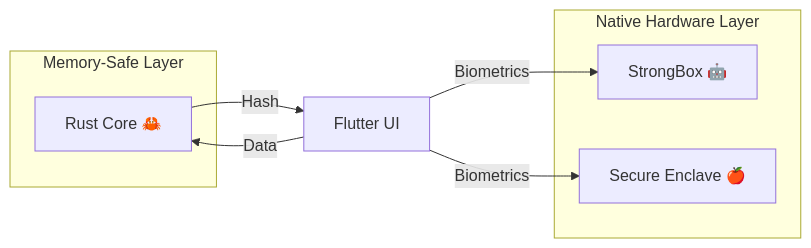
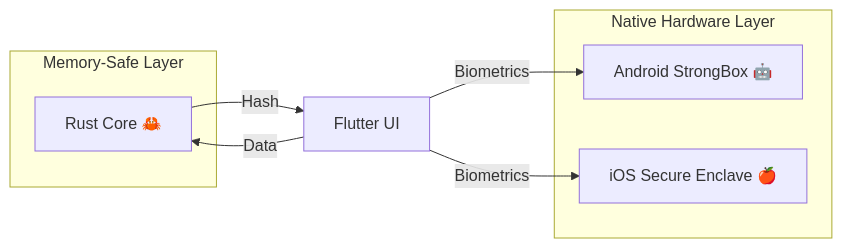
One commit to devmilang99/NeRuWallet changed the second of 3 diagrams in README.md. Above: the diagram before and after it, drawn with Mermaid. The commit also changed other lines of this file and 39 other files, not shown here.

````diff
--- a/README.md
+++ b/README.md
@@ -93,14 +93,14 @@
 ```mermaid
 graph LR
     subgraph "Native Hardware Layer"
-    A[StrongBox 🤖]
-    B[Secure Enclave 🍎]
+    A[Android StrongBox 🤖]
+    B[iOS Secure Enclave 🍎]
     end
     subgraph "Memory-Safe Layer"
     C[Rust Core 🦀]
     end
     D[Flutter UI] -- Data --> C
     C -- Hash --> D
     D -- Biometrics --> A
     D -- Biometrics --> B
 ```
````
